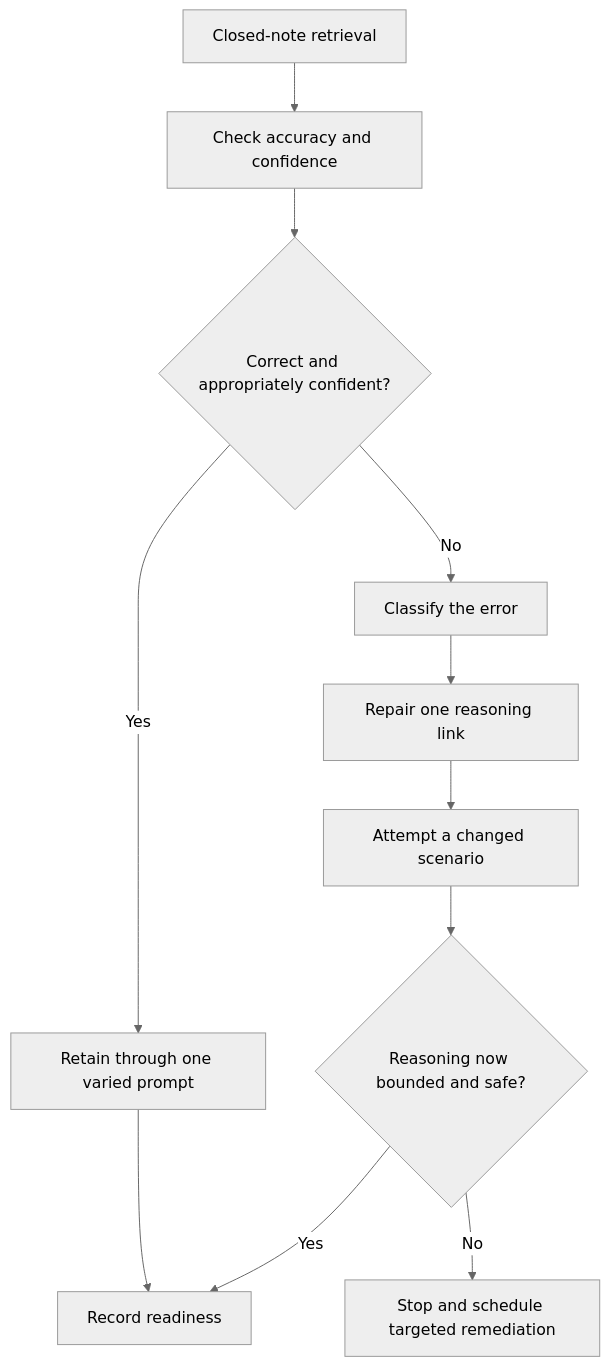
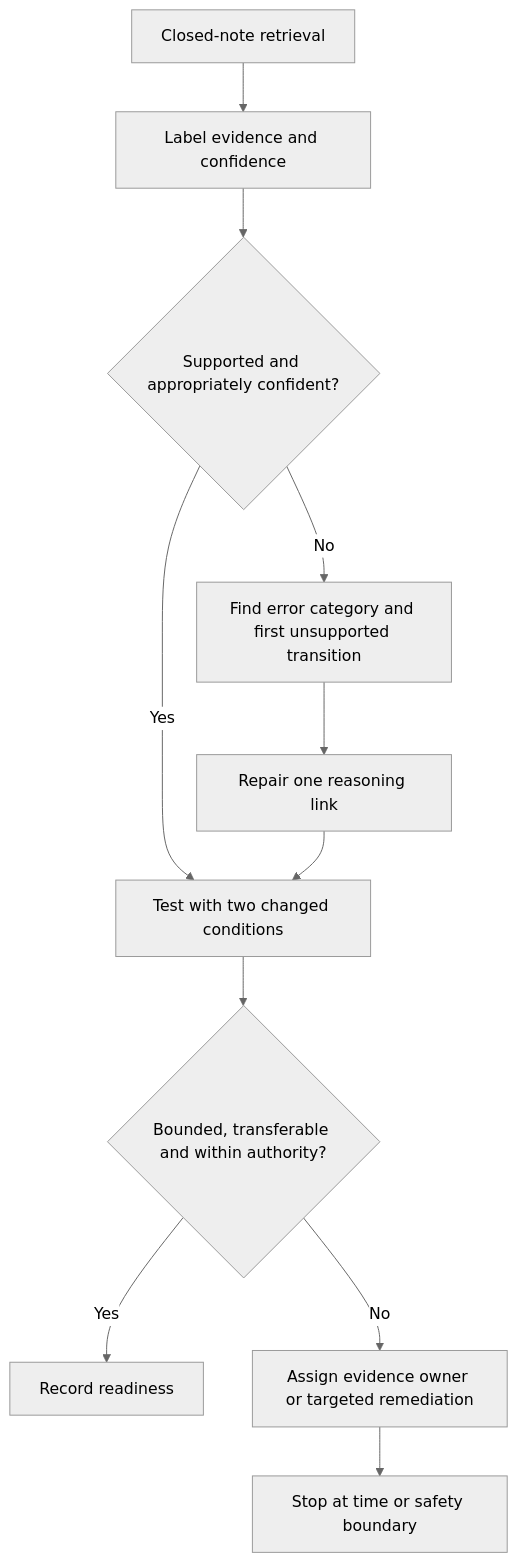
One commit to andrew3stedall/capstone changed the first of 2 diagrams in docs/learning-plans/12-week/modules/day-12-rest-retrieval-and-misconception-repair.md. Above: the diagram before and after it, drawn with Mermaid (neutral theme). The commit also changed other lines of this file, not shown here.

````diff
--- a/docs/learning-plans/12-week/modules/day-12-rest-retrieval-and-misconception-repair.md
+++ b/docs/learning-plans/12-week/modules/day-12-rest-retrieval-and-misconception-repair.md
@@ -130,13 +145,13 @@
 ```mermaid
 flowchart TD
-    A["Closed-note retrieval"] --> B["Check accuracy and confidence"]
-    B --> C{"Correct and appropriately confident?"}
-    C -->|"Yes"| D["Retain through one varied prompt"]
-    C -->|"No"| E["Classify the error"]
+    A["Closed-note retrieval"] --> B["Label evidence and confidence"]
+    B --> C{"Supported and appropriately confident?"}
+    C -->|"Yes"| D["Test with two changed conditions"]
+    C -->|"No"| E["Find error category and first unsupported transition"]
     E --> F["Repair one reasoning link"]
-    F --> G["Attempt a changed scenario"]
-    G --> H{"Reasoning now bounded and safe?"}
-    H -->|"Yes"| I["Record readiness"]
-    H -->|"No"| J["Stop and schedule targeted remediation"]
-    D --> I
+    F --> D
+    D --> G{"Bounded, transferable and within authority?"}
+    G -->|"Yes"| H["Record readiness"]
+    G -->|"No"| I["Assign evidence owner or targeted remediation"]
+    I --> J["Stop at time or safety boundary"]
 ```
````
